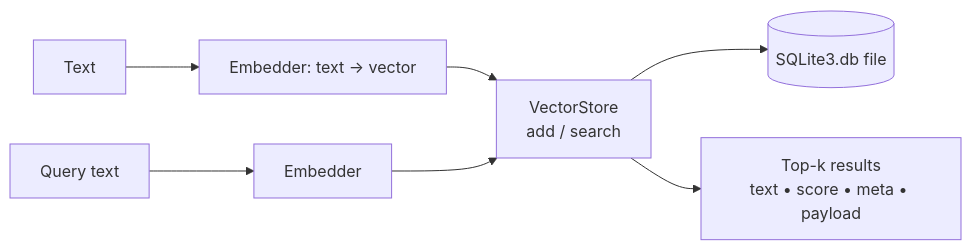
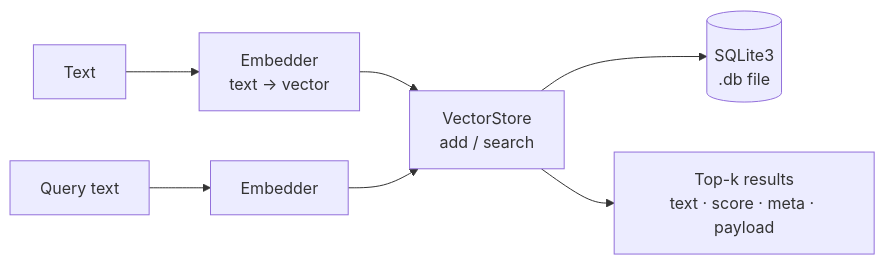
Before and after one commit to nogginly/vecstolite.cr: the diagram in README.md, drawn with Mermaid. The commit also changed other lines of this file and 1 other file, not shown here.

````diff
--- a/README.md
+++ b/README.md
@@ -25,9 +25,9 @@
 ```mermaid
 flowchart LR
-    T["Text"] --> E["Embedder: text &rarr; vector"]
+    T["Text"] --> E["Embedder\ntext → vector"]
     E --> S["VectorStore\nadd / search"]
-    S --> DB[("SQLite3.db file")]
+    S --> DB[("SQLite3\n.db file")]
     Q["Query text"] --> E2["Embedder"]
     E2 --> S
-    S --> R["Top-k results\ntext &bull; score &bull; meta &bull; payload"]
+    S --> R["Top-k results\ntext · score · meta · payload"]
 ```
````
